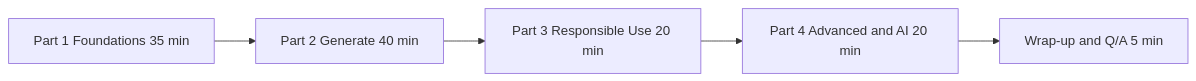
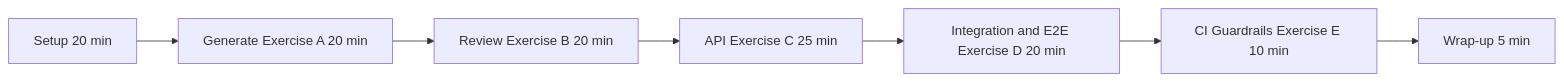
Diagram 12 of 13 in docs/tutorials/workshop-flows.md (moatazeldebsy/copilot-testing-workshop), drawn with Mermaid before and after one commit. The commit also changed other lines of this file and 6 other files, not shown here.

````diff
--- a/docs/tutorials/workshop-flows.md
+++ b/docs/tutorials/workshop-flows.md
@@ -164,7 +159,9 @@
 ```mermaid
 flowchart LR
-  A[Part 1 Foundations 35 min] --> B[Part 2 Generate 40 min]
-  B --> C[Part 3 Responsible Use 20 min]
-  C --> D[Part 4 Advanced and AI 20 min]
-  D --> E[Wrap-up and Q/A 5 min]
+  A[Setup 20 min] --> B[Generate Exercise A 20 min]
+  B --> C[Review Exercise B 20 min]
+  C --> D[API Exercise C 25 min]
+  D --> E[Integration and E2E Exercise D 20 min]
+  E --> F[CI Guardrails Exercise E 10 min]
+  F --> G[Wrap-up 5 min]
 ```
````
